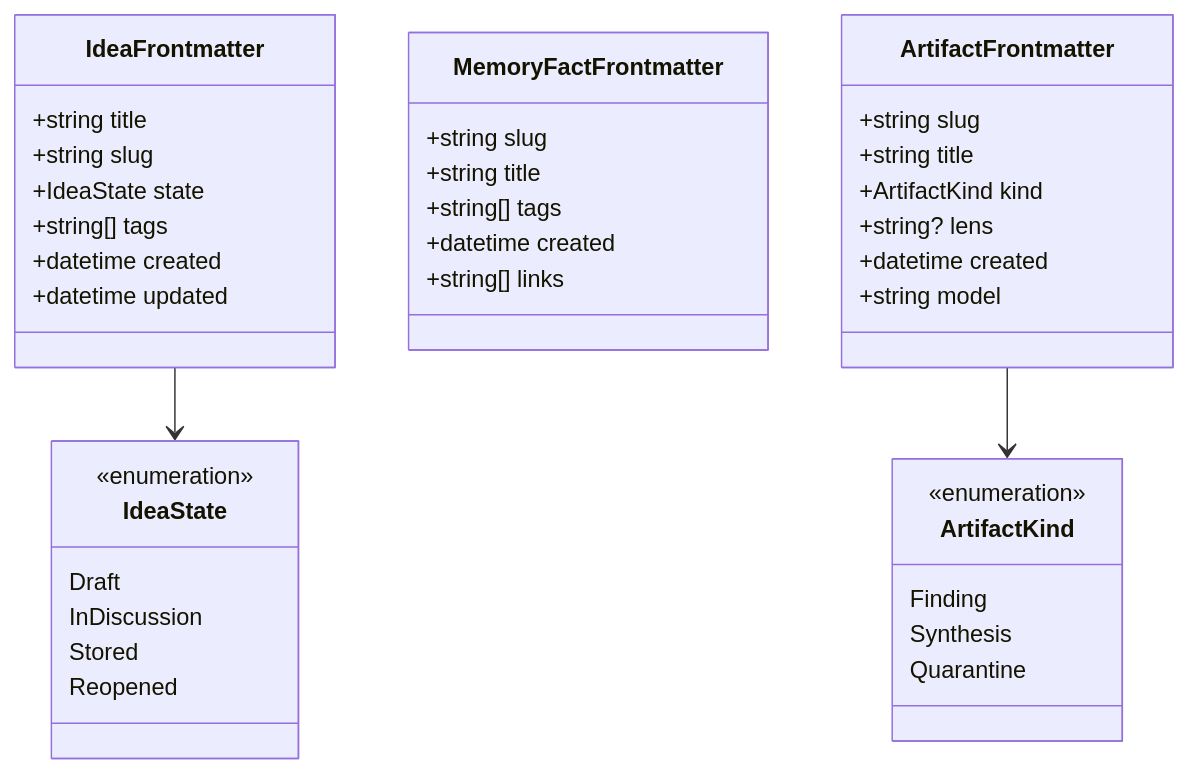
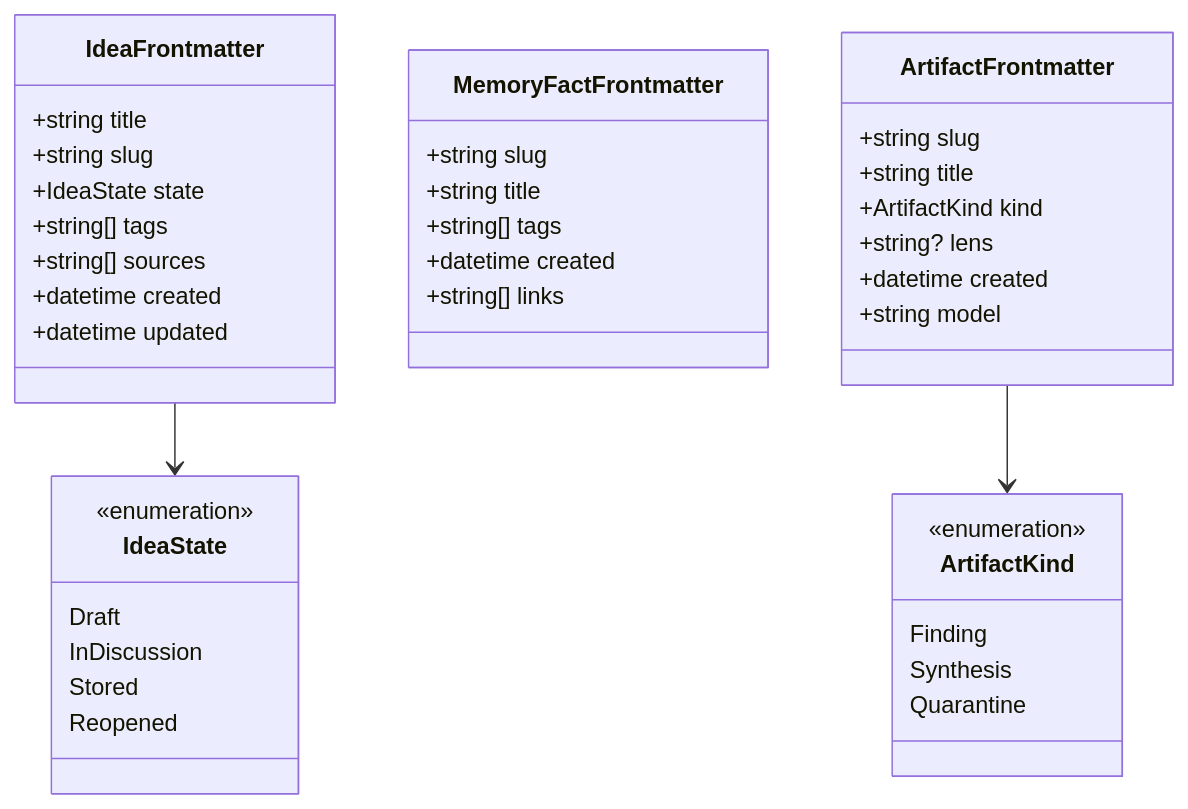
One commit to jasdian/idea-vault changed the second of 5 diagrams in docs/03-data-model.md. Above: the diagram before and after it, drawn with Mermaid. The commit also changed other lines of this file, not shown here.

First line of the commit message:
docs(data-model): add sources frontmatter, vault-root dotfiles and the empty-vault reindex guard

````diff
--- a/docs/03-data-model.md
+++ b/docs/03-data-model.md
@@ -157,41 +185,42 @@
 ```mermaid
 classDiagram
     class IdeaFrontmatter {
         +string title
         +string slug
         +IdeaState state
         +string[] tags
+        +string[] sources
         +datetime created
         +datetime updated
     }
     class IdeaState {
         <<enumeration>>
         Draft
         InDiscussion
         Stored
         Reopened
     }
     class MemoryFactFrontmatter {
         +string slug
         +string title
         +string[] tags
         +datetime created
         +string[] links
     }
     class ArtifactFrontmatter {
         +string slug
         +string title
         +ArtifactKind kind
         +string? lens
         +datetime created
         +string model
     }
     class ArtifactKind {
         <<enumeration>>
         Finding
         Synthesis
         Quarantine
     }
     IdeaFrontmatter --> IdeaState
     ArtifactFrontmatter --> ArtifactKind
 ```
````
